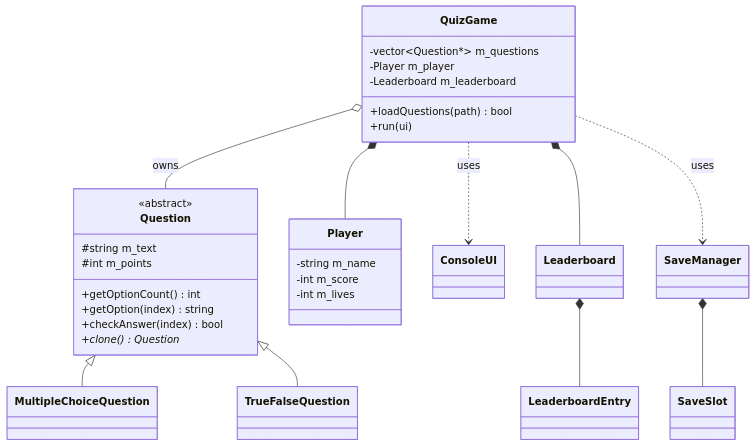
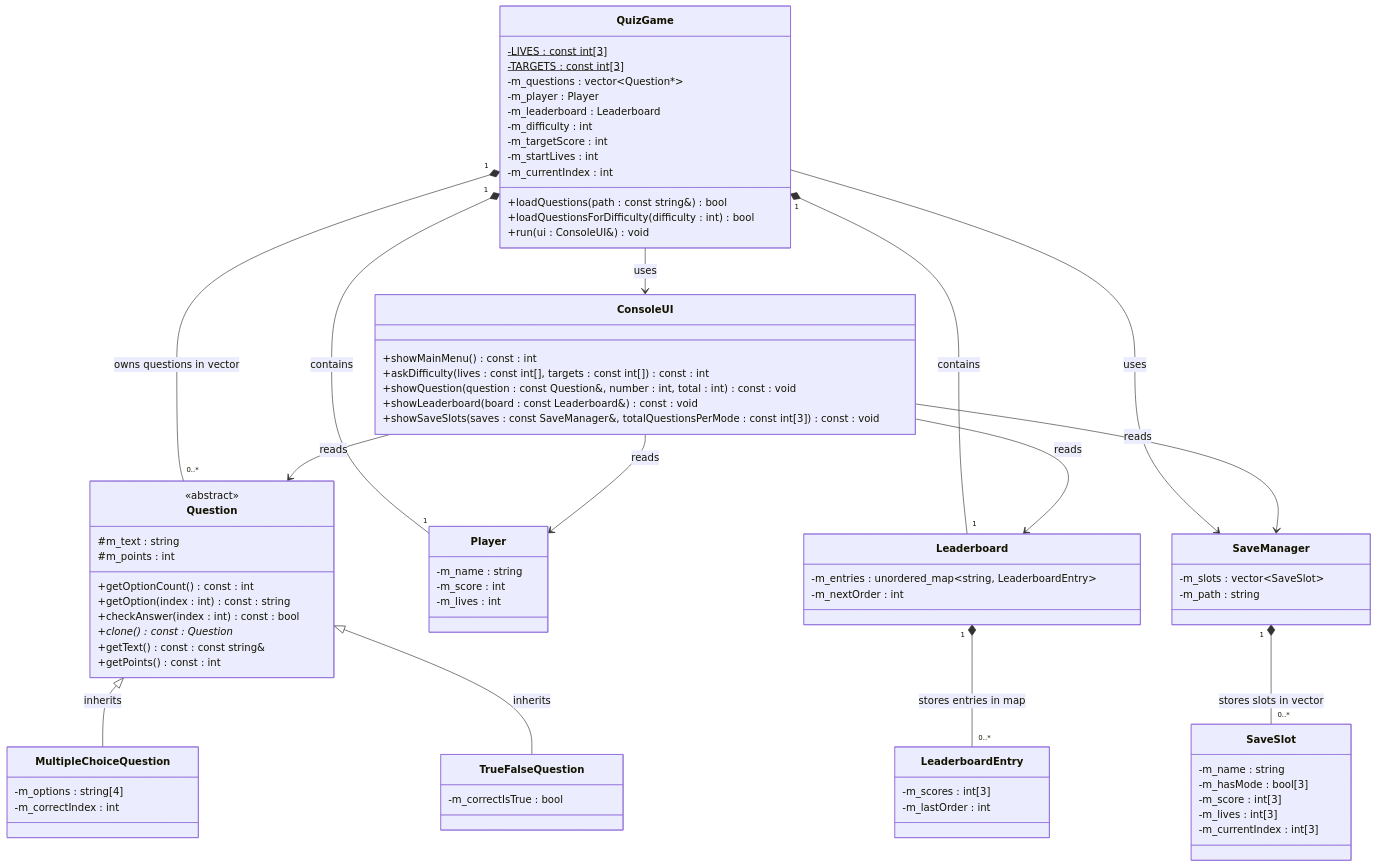
One commit to xGota7/Oop-Final-Project changed the diagram in README.md. Above: the diagram before and after it, drawn with Mermaid. The commit also changed other lines of this file, not shown here.

````diff
--- a/README.md
+++ b/README.md
@@ -151,44 +152,91 @@
 classDiagram
     class Question {
         <<abstract>>
-        #string m_text
-        #int m_points
-        +getOptionCount() int
-        +getOption(index) string
-        +checkAnswer(index) bool
-        +clone() Question*
+        #m_text : string
+        #m_points : int
+        +getOptionCount() const : int
+        +getOption(index : int) const : string
+        +checkAnswer(index : int) const : bool
+        +clone() const : Question*
+        +getText() const : const string&
+        +getPoints() const : int
     }
 
-    class MultipleChoiceQuestion
-    class TrueFalseQuestion
+    class MultipleChoiceQuestion {
+        -m_options : string[4]
+        -m_correctIndex : int
+    }
+
+    class TrueFalseQuestion {
+        -m_correctIsTrue : bool
+    }
 
     class Player {
-        -string m_name
-        -int m_score
-        -int m_lives
+        -m_name : string
+        -m_score : int
+        -m_lives : int
+    }
+
+    class LeaderboardEntry {
+        -m_scores : int[3]
+        -m_lastOrder : int
+    }
+
+    class Leaderboard {
+        -m_entries : unordered_map~string, LeaderboardEntry~
+        -m_nextOrder : int
+    }
+
+    class SaveSlot {
+        -m_name : string
+        -m_hasMode : bool[3]
+        -m_score : int[3]
+        -m_lives : int[3]
+        -m_currentIndex : int[3]
+    }
+
+    class SaveManager {
+        -m_slots : vector~SaveSlot~
+        -m_path : string
     }
 
     class QuizGame {
-        -vector~Question*~ m_questions
-        -Player m_player
-        -Leaderboard m_leaderboard
-        +loadQuestions(path) bool
-        +run(ui)
+        -LIVES : const int[3]$
+        -TARGETS : const int[3]$
+        -m_questions : vector~Question*~
+        -m_player : Player
+        -m_leaderboard : Leaderboard
+        -m_difficulty : int
+        -m_targetScore : int
+        -m_startLives : int
+        -m_currentIndex : int
+        +loadQuestions(path : const string&) bool
+        +loadQuestionsForDifficulty(difficulty : int) bool
+        +run(ui : ConsoleUI&) void
     }
 
-    class ConsoleUI
-    class SaveManager
-    class SaveSlot
-    class Leaderboard
-    class LeaderboardEntry
+    class ConsoleUI {
+        +showMainMenu() const : int
+        +askDifficulty(lives : const int[], targets : const int[]) const : int
+        +showQuestion(question : const Question&, number : int, total : int) const : void
+        +showLeaderboard(board : const Leaderboard&) const : void
+        +showSaveSlots(saves : const SaveManager&, totalQuestionsPerMode : const int[3]) const : void
+    }
 
-    Question <|-- MultipleChoiceQuestion
-    Question <|-- TrueFalseQuestion
-    QuizGame o-- Question : owns
-    QuizGame *-- Player
-    QuizGame *-- Leaderboard
-    QuizGame ..> SaveManager : uses
-    QuizGame ..> ConsoleUI : uses
-    SaveManager *-- SaveSlot
-    Leaderboard *-- LeaderboardEntry
+    Question <|-- MultipleChoiceQuestion : inherits
+    Question <|-- TrueFalseQuestion : inherits
+
+    QuizGame "1" *-- "0..*" Question : owns questions in vector
+    QuizGame "1" *-- "1" Player : contains
+    QuizGame "1" *-- "1" Leaderboard : contains
+    Leaderboard "1" *-- "0..*" LeaderboardEntry : stores entries in map
+    SaveManager "1" *-- "0..*" SaveSlot : stores slots in vector
+
+    QuizGame --> SaveManager : uses
+    QuizGame --> ConsoleUI : uses
+
+    ConsoleUI --> Question : reads
+    ConsoleUI --> Player : reads
+    ConsoleUI --> Leaderboard : reads
+    ConsoleUI --> SaveManager : reads
 ```
````
